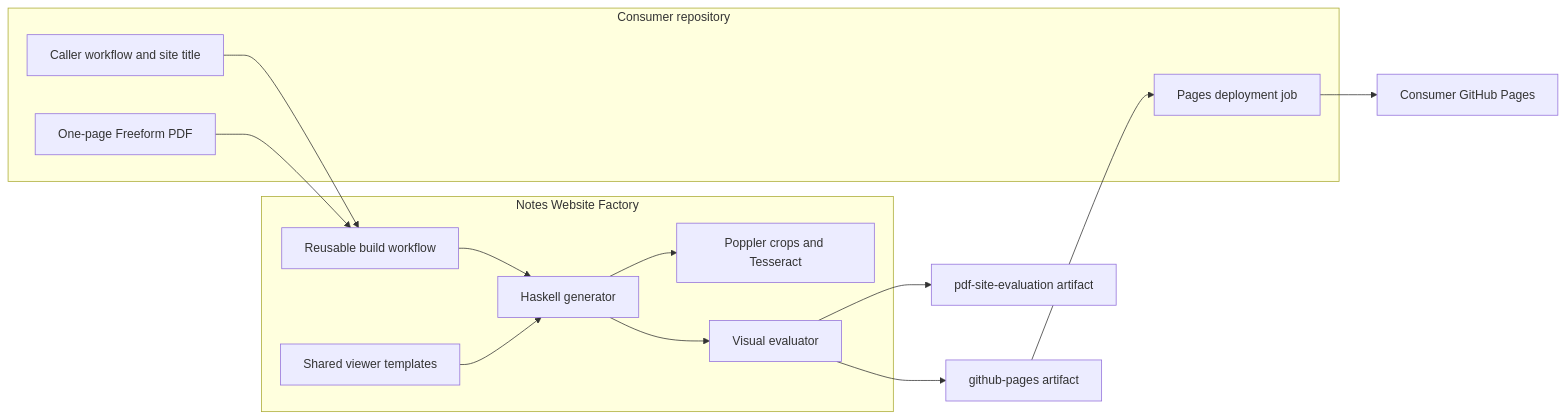
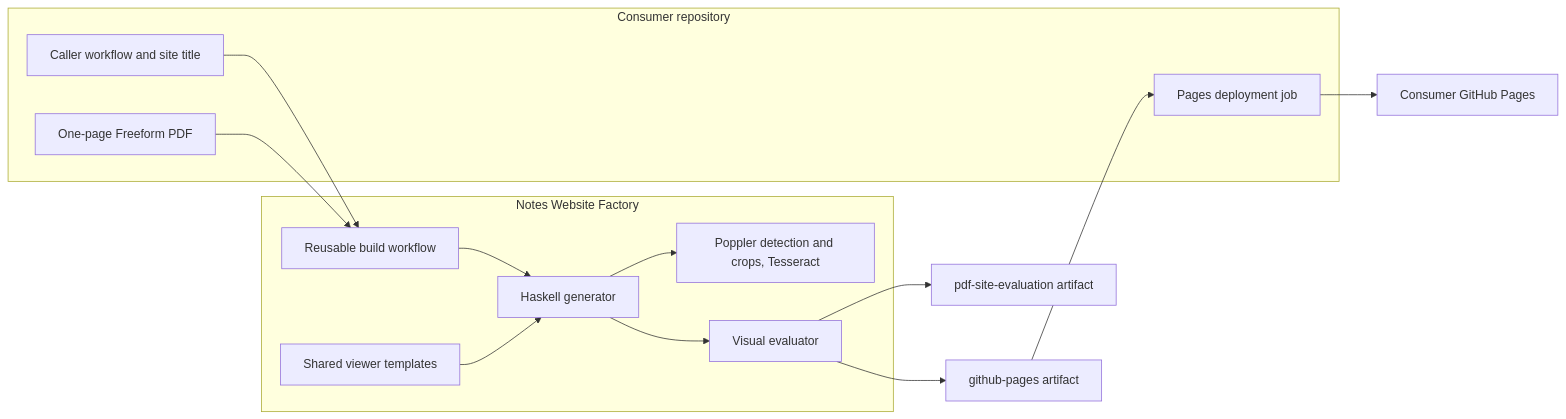
The first of 3 diagrams in docs/architecture.md (bajor/notes-website-factory), drawn with Mermaid before and after one commit. The commit also changed other lines of this file and 28 other files, not shown here.

````diff
--- a/docs/architecture.md
+++ b/docs/architecture.md
@@ -11,30 +11,30 @@
 ```mermaid
 flowchart LR
   subgraph Consumer[Consumer repository]
     PDF[One-page Freeform PDF]
     Caller[Caller workflow and site title]
     Deploy[Pages deployment job]
   end
 
   subgraph Factory[Notes Website Factory]
     Workflow[Reusable build workflow]
     Generator[Haskell generator]
-    TopicTools[Poppler crops and Tesseract]
+    TopicTools[Poppler detection and crops, Tesseract]
     Viewer[Shared viewer templates]
     Oracle[Visual evaluator]
   end
 
   PagesArtifact[github-pages artifact]
   EvidenceArtifact[pdf-site-evaluation artifact]
   Pages[Consumer GitHub Pages]
 
   Caller --> Workflow
   PDF --> Workflow
   Workflow --> Generator
   Generator --> TopicTools
   Viewer --> Generator
   Generator --> Oracle
   Oracle --> PagesArtifact
   Oracle --> EvidenceArtifact
   PagesArtifact --> Deploy --> Pages
 ```
````
